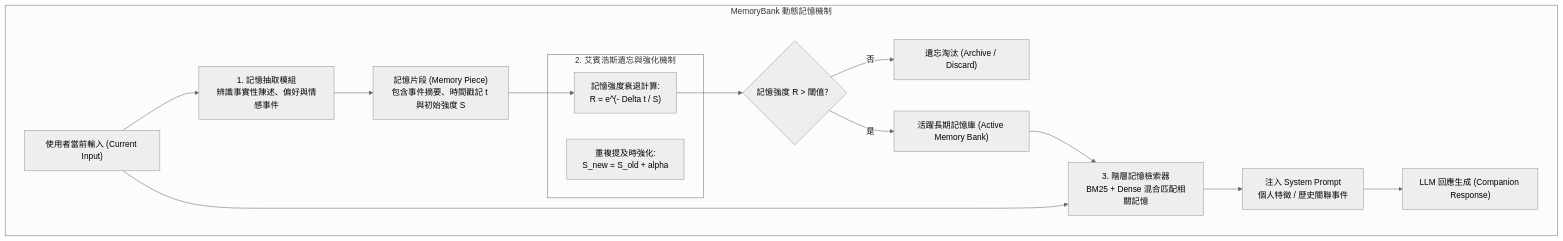
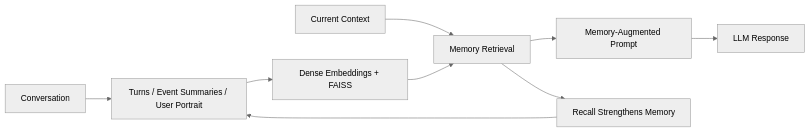
Before and after one commit to Cycl0n3-ga/RAG-survey: the diagram in 03 - 論文庫 (Literature Notes)/05 - Memory & Agents/(AAAI 2024-03) MemoryBank - Enhancing Large Language Models with Long-Term Memory.md, drawn with Mermaid (neutral theme). The commit also changed other lines of this file and 3 other files, not shown here.

````diff
--- a/03 - 論文庫 (Literature Notes)/05 - Memory & Agents/(AAAI 2024-03) MemoryBank - Enhancing Large Language Models with Long-Term Memory.md
+++ b/03 - 論文庫 (Literature Notes)/05 - Memory & Agents/(AAAI 2024-03) MemoryBank - Enhancing Large Language Models with Long-Term Memory.md
@@ -69,22 +71,11 @@
 ```mermaid
-flowchart TD
-    subgraph memorybank_pipeline["MemoryBank 動態記憶機制"]
-        INPUT["使用者當前輸入 (Current Input)"] --> EXTRACT["1. 記憶抽取模組<br/>辨識事實性陳述、偏好與情感事件"]
-        EXTRACT --> RAW_STORE["記憶片段 (Memory Piece)<br/>包含事件摘要、時間戳記 t 與初始強度 S"]
-        
-        subgraph ebbinghaus_decay["2. 艾賓浩斯遺忘與強化機制"]
-            DECAY["記憶強度衰退計算:<br/>R = e^(- Delta t / S)"]
-            REINFORCE["重複提及時強化:<br/>S_new = S_old + alpha"]
-        end
-        
-        RAW_STORE --> DECAY
-        DECAY --> PRUNE{"記憶強度 R > 閾值？"}
-        PRUNE -- 否 --> FORGET["遺忘淘汰 (Archive / Discard)"]
-        PRUNE -- 是 --> ACTIVE_BANK["活躍長期記憶庫 (Active Memory Bank)"]
-        
-        INPUT --> RETRIEVER["3. 階層記憶檢索器<br/>BM25 + Dense 混合匹配相關記憶"]
-        ACTIVE_BANK --> RETRIEVER
-        RETRIEVER --> PROMPT["注入 System Prompt<br/>個人特徵 / 歷史關聯事件"]
-        PROMPT --> LLM["LLM 回應生成 (Companion Response)"]
-    end
+flowchart LR
+    I["Conversation"] --> S["Turns / Event Summaries / User Portrait"]
+    S --> IDX["Dense Embeddings + FAISS"]
+    Q["Current Context"] --> R["Memory Retrieval"]
+    IDX --> R
+    R --> P["Memory-Augmented Prompt"]
+    P --> L["LLM Response"]
+    R --> U["Recall Strengthens Memory"]
+    U --> S
 ```
````
